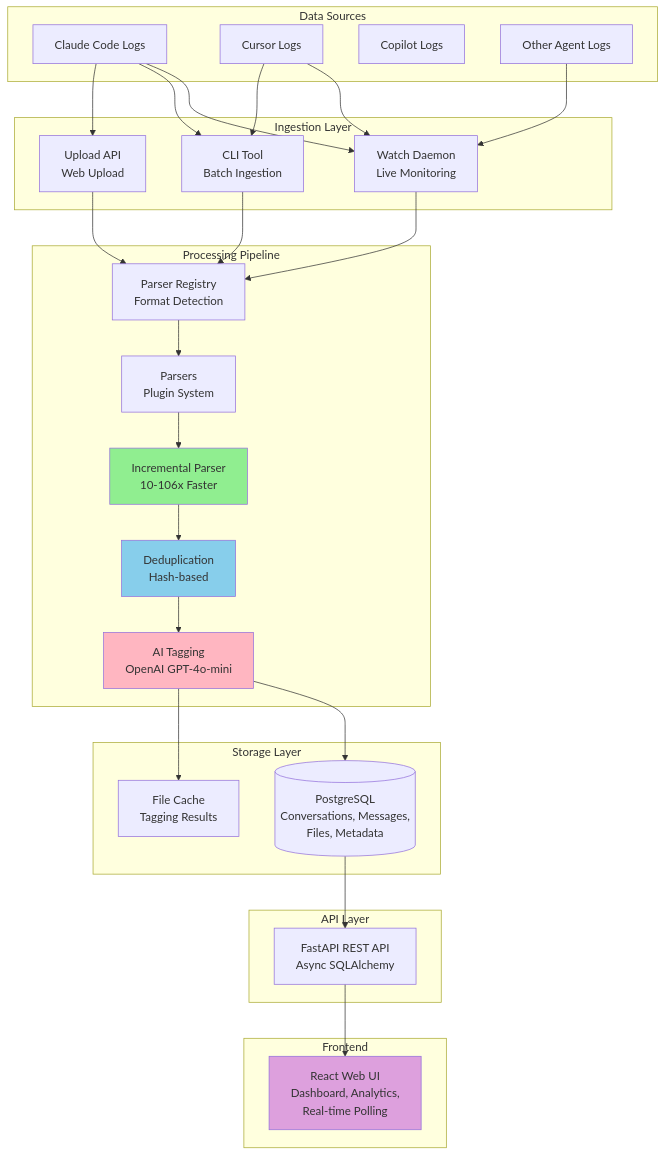
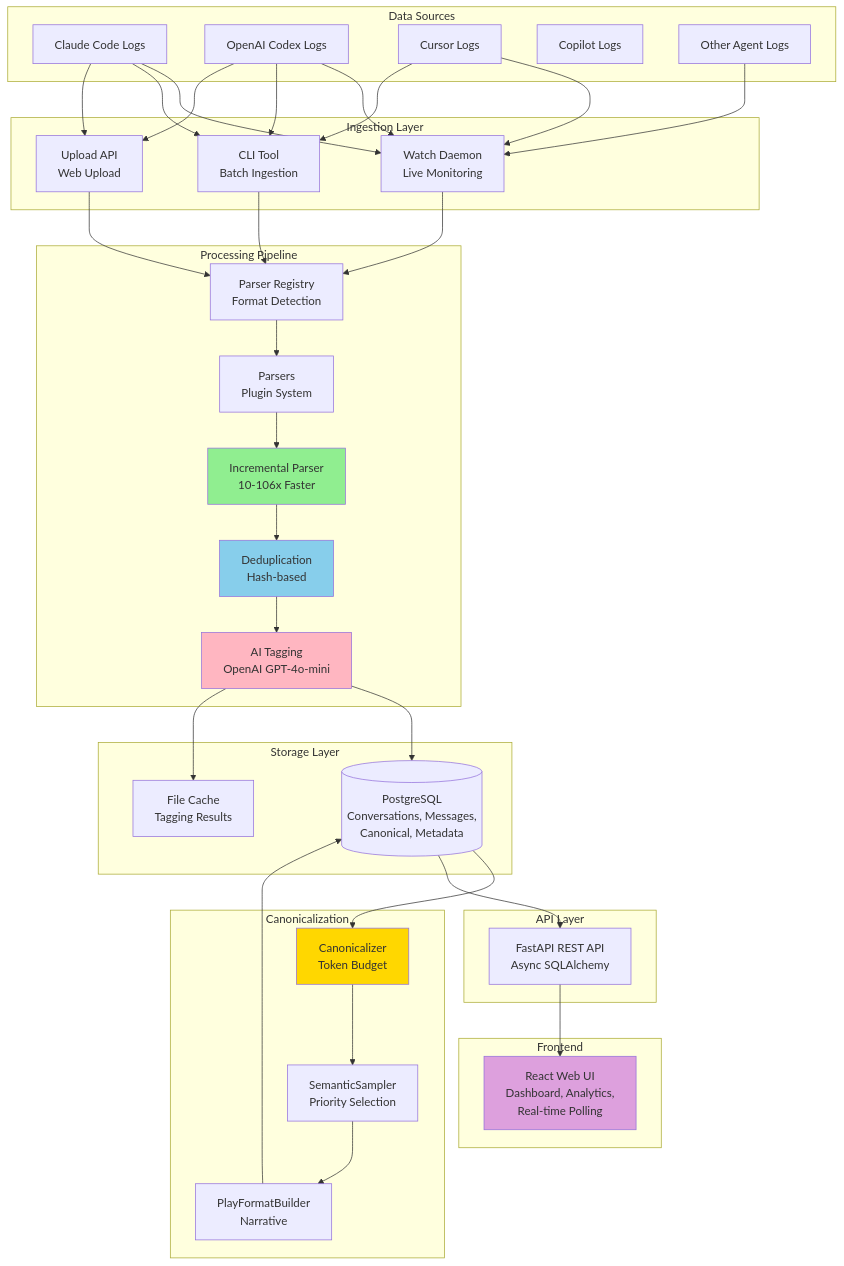
Before and after one commit to brianmjohnson/catsyphon: the first of 12 diagrams in ARCHITECTURE.md, drawn with Mermaid. The commit also changed other lines of this file and 3 other files, not shown here.

First line of the commit message:
Update documentation for canonicalization, insights, and Codex parser

````diff
--- a/ARCHITECTURE.md
+++ b/ARCHITECTURE.md
@@ -29,62 +35,78 @@
 ```mermaid
 graph TB
     subgraph "Data Sources"
         CC[Claude Code Logs]
+        CX[OpenAI Codex Logs]
         CR[Cursor Logs]
         CP[Copilot Logs]
         OT[Other Agent Logs]
     end
 
     subgraph "Ingestion Layer"
         WD[Watch Daemon<br/>Live Monitoring]
         CLI[CLI Tool<br/>Batch Ingestion]
-        API[Upload API<br/>Web Upload]
+        UPLOAD[Upload API<br/>Web Upload]
     end
 
     subgraph "Processing Pipeline"
         REG[Parser Registry<br/>Format Detection]
         PAR[Parsers<br/>Plugin System]
         INC[Incremental Parser<br/>10-106x Faster]
         DUP[Deduplication<br/>Hash-based]
         TAG[AI Tagging<br/>OpenAI GPT-4o-mini]
     end
 
+    subgraph "Canonicalization"
+        CANON[Canonicalizer<br/>Token Budget]
+        SAMPLER[SemanticSampler<br/>Priority Selection]
+        BUILDER[PlayFormatBuilder<br/>Narrative]
+    end
+
     subgraph "Storage Layer"
-        PG[(PostgreSQL<br/>Conversations, Messages,<br/>Files, Metadata)]
+        PG[(PostgreSQL<br/>Conversations, Messages,<br/>Canonical, Metadata)]
         CACHE[File Cache<br/>Tagging Results]
     end
 
     subgraph "API Layer"
         REST[FastAPI REST API<br/>Async SQLAlchemy]
     end
 
     subgraph "Frontend"
         UI[React Web UI<br/>Dashboard, Analytics,<br/>Real-time Polling]
     end
 
     CC --> WD
     CC --> CLI
-    CC --> API
+    CC --> UPLOAD
+    CX --> WD
+    CX --> CLI
+    CX --> UPLOAD
     CR --> WD
     CR --> CLI
     OT --> WD
 
     WD --> REG
     CLI --> REG
-    API --> REG
+    UPLOAD --> REG
 
     REG --> PAR
     PAR --> INC
     INC --> DUP
     DUP --> TAG
     TAG --> PG
     TAG --> CACHE
 
+    PG --> CANON
+    CANON --> SAMPLER
+    SAMPLER --> BUILDER
+    BUILDER --> PG
+
     PG --> REST
     REST --> UI
 
     style INC fill:#90EE90
     style DUP fill:#87CEEB
     style TAG fill:#FFB6C1
+    style CANON fill:#FFD700
     style UI fill:#DDA0DD
 ```
````
